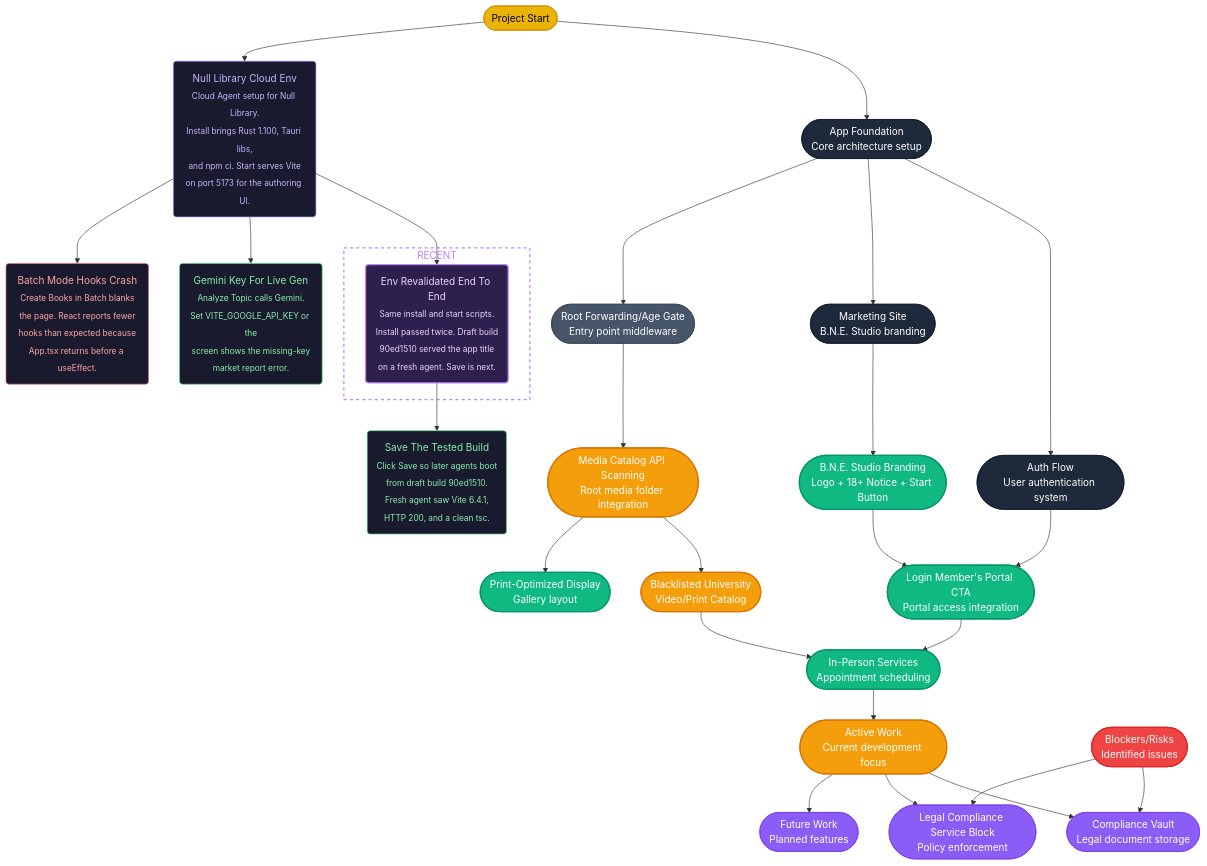
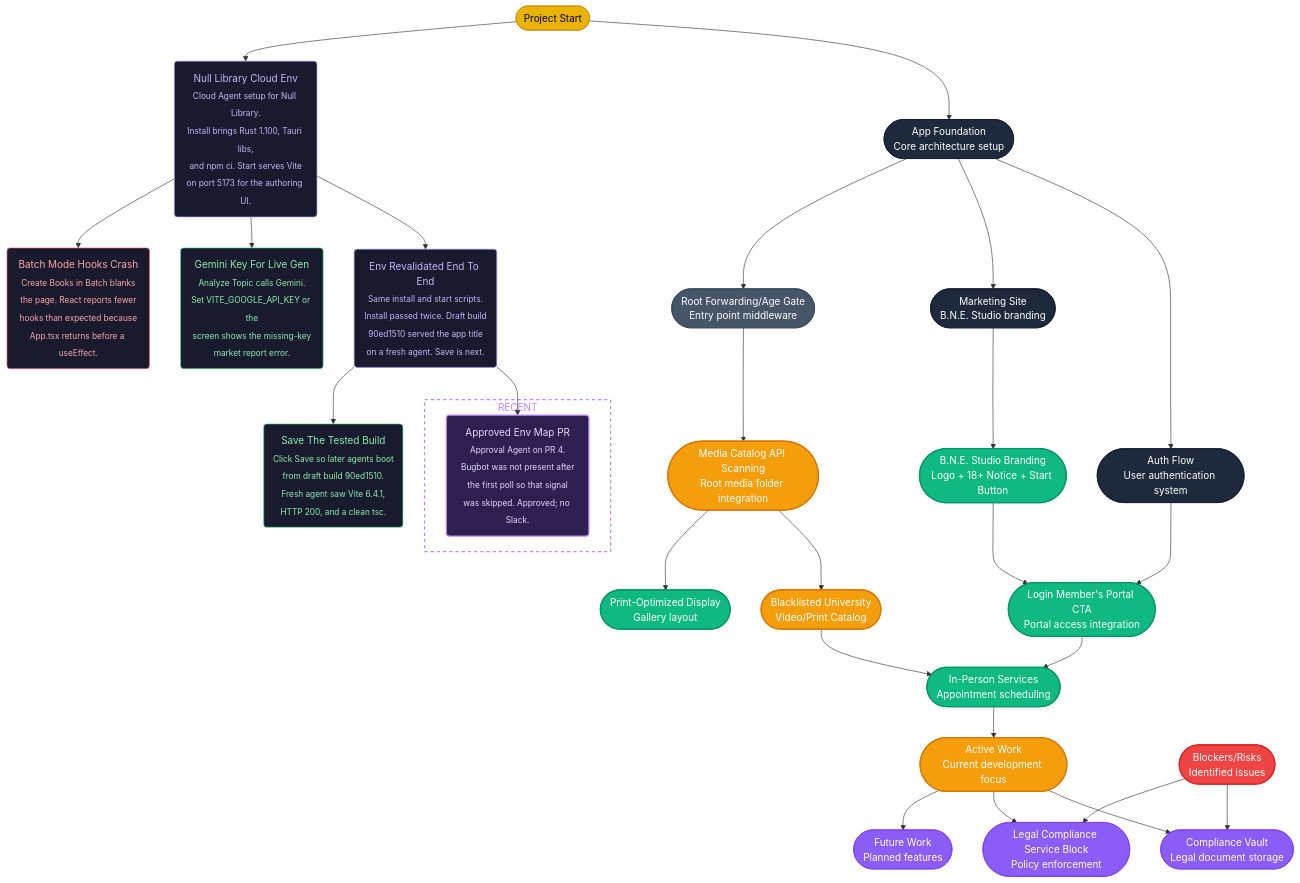
The diagram in vizvibe.mmd (crazyrob425/bne-agency), drawn with Mermaid before and after one commit.

Commit message:
Record Approval Agent outcome for PR 4 on the trajectory map.
Bugbot was not present after the first poll, so that signal was skipped and the env-map PR was approved.

```diff
--- a/vizvibe.mmd
+++ b/vizvibe.mmd
@@ -1,127 +1,132 @@
 flowchart TD
-    %% @lastActive: env_revalidate
+    %% @lastActive: pr4_approved
     %% Ultimate Goal: B.N.E. Studio as a branded member portal
     %% Current Goal: Save Null Library draft build 90ed1510
 
     %% Mermaid theme configuration
     classDef closed fill:#475569,stroke:#334155,color:#fff,stroke-width:1px
     classDef opened fill:#10b981,stroke:#059669,color:#fff,stroke-width:2px
     classDef in_progress fill:#f59e0b,stroke:#d97706,color:#fff,stroke-width:2px
     classDef future fill:#8b5cf6,stroke:#7c3aed,color:#fff,stroke-width:1px
     
     %% Color scheme: Gold(#eab308) Black(#1e293b) Purple(#8b5cf6) Green(#10b981)
 
     %% @node [closed]
     project_start(["Project Start"]):::closed
     
     %% @node [closed]
     app_foundation(["App Foundation<br/>Core architecture setup"]):::closed
     
     %% @node [closed]
     auth_flow(["Auth Flow<br/>User authentication system"]):::closed
     
     %% @node [closed]
     marketing_site(["Marketing Site<br/>B.N.E. Studio branding"]):::closed
     
     %% @node [opened]
     bne_studio(["B.N.E. Studio Branding<br/>Logo + 18+ Notice + Start Button"]):::opened
     
     %% @node [opened]
     login_portal(["Login Member's Portal CTA<br/>Portal access integration"]):::opened
     
     %% @node [in_progress]
     media_catalog_api(["Media Catalog API Scanning<br/>Root media folder integration"]):::in_progress
     
     %% @node [in_progress]
     blacklisted_university(["Blacklisted University<br/>Video/Print Catalog"]):::in_progress
     
     %% @node [opened]
     print_optimized(["Print-Optimized Display<br/>Gallery layout"]):::opened
     
     %% @node [opened]
     in_person_services(["In-Person Services<br/>Appointment scheduling"]):::opened
     
     %% @node [future]
     compliance_vault(["Compliance Vault<br/>Legal document storage"]):::future
     
     %% @node [future]
     legal_compliance(["Legal Compliance Service Block<br/>Policy enforcement"]):::future
     
     %% @node [opened]
     active_work(["Active Work<br/>Current development focus"]):::opened
     
     %% @node [opened]
     blockers_risks(["Blockers/Risks<br/>Identified issues"]):::opened
     
     %% @node [future]
     future_work(["Future Work<br/>Planned features"]):::future
     
     %% @node [closed]
     root_forwarding(["Root Forwarding/Age Gate<br/>Entry point middleware"]):::closed
 
     %% @cloud_agent_env [ai-task, closed, 2026-11-20, rob]
     cloud_agent_env("Null Library Cloud Env<br/><sub>Cloud Agent setup for Null Library.<br/>Install brings Rust 1.100, Tauri libs,<br/>and npm ci. Start serves Vite<br/>on port 5173 for the authoring UI.</sub>")
 
     %% @env_revalidate [ai-task, closed, 2026-11-21, rob]
     env_revalidate("Env Revalidated End To End<br/><sub>Same install and start scripts.<br/>Install passed twice. Draft build<br/>90ed1510 served the app title<br/>on a fresh agent. Save is next.</sub>")
 
+    %% @pr4_approved [ai-task, closed, 2026-11-21, rob]
+    pr4_approved("Approved Env Map PR<br/><sub>Approval Agent on PR 4.<br/>Bugbot was not present after<br/>the first poll so that signal<br/>was skipped. Approved; no Slack.</sub>")
+
     %% @save_cloud_env [human-task, opened, 2026-11-21, rob]
     save_cloud_env("Save The Tested Build<br/><sub>Click Save so later agents boot<br/>from draft build 90ed1510.<br/>Fresh agent saw Vite 6.4.1,<br/>HTTP 200, and a clean tsc.</sub>")
 
     %% @gemini_key [human-task, opened, 2026-11-20, rob]
     gemini_key("Gemini Key For Live Gen<br/><sub>Analyze Topic calls Gemini.<br/>Set VITE_GOOGLE_API_KEY or the<br/>screen shows the missing-key<br/>market report error.</sub>")
 
     %% @batch_hooks_bug [blocker, opened, 2026-11-20, rob]
     batch_hooks_bug("Batch Mode Hooks Crash<br/><sub>Create Books in Batch blanks<br/>the page. React reports fewer<br/>hooks than expected because<br/>App.tsx returns before a useEffect.</sub>")
 
     subgraph recent [RECENT]
-        env_revalidate
+        pr4_approved
     end
     
     %% Connections
     project_start --> app_foundation
     app_foundation --> auth_flow
     app_foundation --> marketing_site
     auth_flow --> login_portal
     marketing_site --> bne_studio
     bne_studio --> login_portal
     login_portal --> in_person_services
     app_foundation --> root_forwarding
     root_forwarding --> media_catalog_api
     media_catalog_api --> blacklisted_university
     media_catalog_api --> print_optimized
     blacklisted_university --> in_person_services
     in_person_services --> active_work
     active_work --> compliance_vault
     active_work --> legal_compliance
     active_work --> future_work
     blockers_risks --> compliance_vault
     blockers_risks --> legal_compliance
     project_start --> cloud_agent_env
     cloud_agent_env --> env_revalidate
+    env_revalidate --> pr4_approved
     env_revalidate --> save_cloud_env
     cloud_agent_env --> gemini_key
     cloud_agent_env --> batch_hooks_bug
     
     style project_start fill:#eab308,stroke:#ca8a04,color:#000
     style app_foundation fill:#1e293b,stroke:#0f172a,color:#fff
     style auth_flow fill:#1e293b,stroke:#0f172a,color:#fff
     style marketing_site fill:#1e293b,stroke:#0f172a,color:#fff
     style bne_studio fill:#10b981,stroke:#059669,color:#fff
     style login_portal fill:#10b981,stroke:#059669,color:#fff
     style media_catalog_api fill:#f59e0b,stroke:#d97706,color:#fff
     style blacklisted_university fill:#f59e0b,stroke:#d97706,color:#fff
     style print_optimized fill:#10b981,stroke:#059669,color:#fff
     style in_person_services fill:#10b981,stroke:#059669,color:#fff
     style root_forwarding fill:#475569,stroke:#334155,color:#fff
     style compliance_vault fill:#8b5cf6,stroke:#7c3aed,color:#fff
     style legal_compliance fill:#8b5cf6,stroke:#7c3aed,color:#fff
     style active_work fill:#f59e0b,stroke:#d97706,color:#fff
     style blockers_risks fill:#ef4444,stroke:#dc2626,color:#fff
     style future_work fill:#8b5cf6,stroke:#7c3aed,color:#fff
     style cloud_agent_env fill:#1a1a2e,stroke:#a78bfa,color:#c4b5fd,stroke-width:1px
-    style env_revalidate fill:#2d1f4e,stroke:#c084fc,color:#e9d5ff,stroke-width:2px
+    style env_revalidate fill:#1a1a2e,stroke:#a78bfa,color:#c4b5fd,stroke-width:1px
+    style pr4_approved fill:#2d1f4e,stroke:#c084fc,color:#e9d5ff,stroke-width:2px
     style recent fill:transparent,stroke:#c084fc,color:#c084fc,stroke-width:2px,stroke-dasharray:5 5
     style save_cloud_env fill:#1a1a2e,stroke:#4ade80,color:#86efac,stroke-width:1px
     style gemini_key fill:#1a1a2e,stroke:#4ade80,color:#86efac,stroke-width:1px
     style batch_hooks_bug fill:#1a1a2e,stroke:#f87171,color:#fca5a5,stroke-width:1px
```
